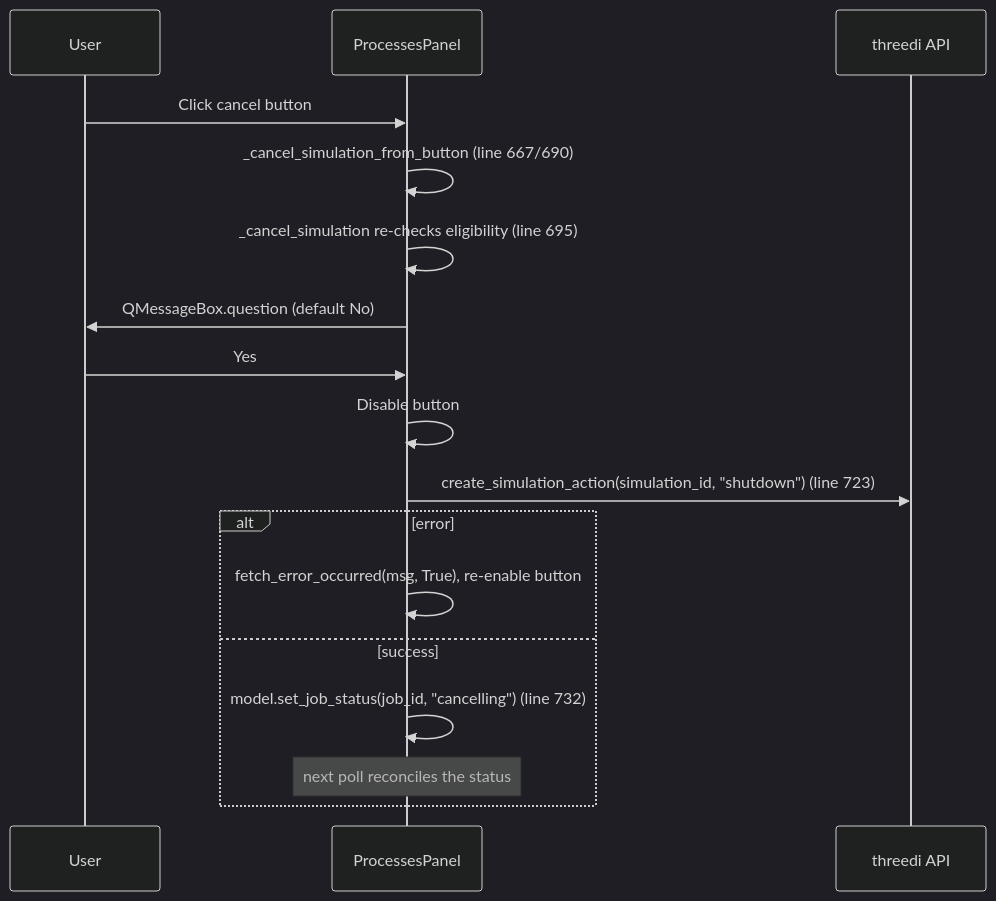
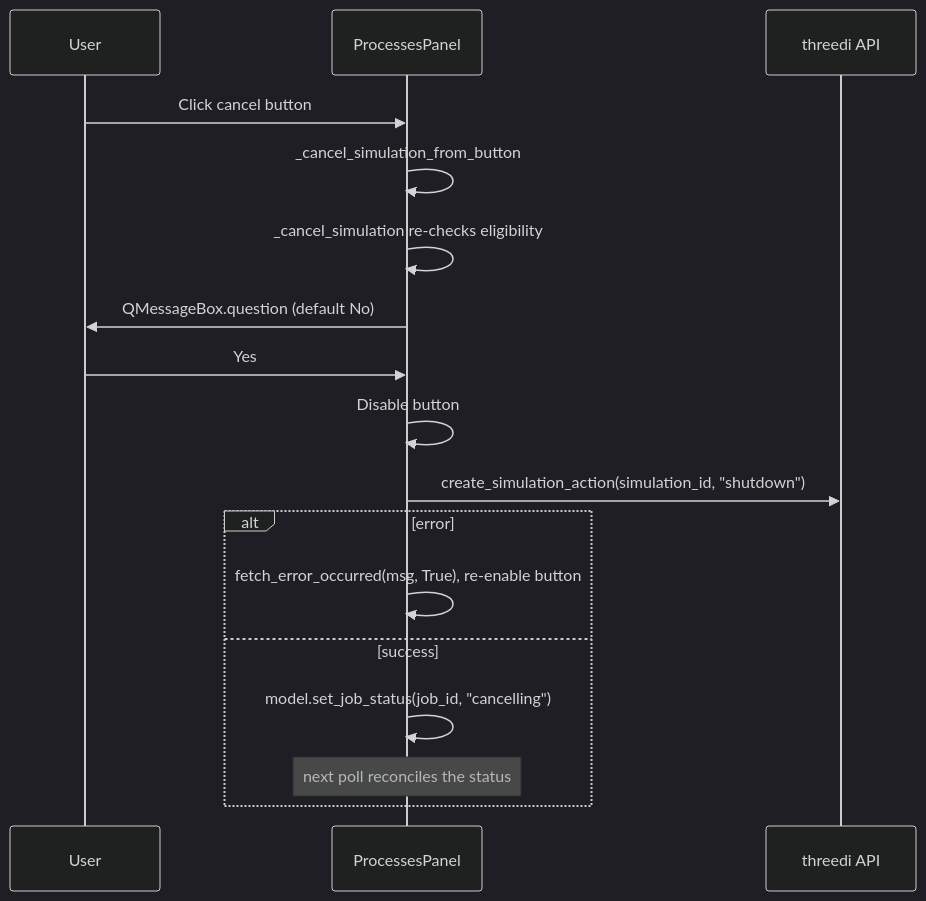
Before and after one commit to nens/rana-qgis-plugin: the fourth of 4 diagrams in doc/processes_panel.md, drawn with Mermaid (dark theme). The commit also changed other lines of this file and 16 other files, not shown here.

````diff
--- a/doc/processes_panel.md
+++ b/doc/processes_panel.md
@@ -98,19 +104,19 @@
 ```mermaid
 sequenceDiagram
     participant U as User
     participant P as ProcessesPanel
     participant API as threedi API
     U->>P: Click cancel button
-    P->>P: _cancel_simulation_from_button (line 667/690)
-    P->>P: _cancel_simulation re-checks eligibility (line 695)
+    P->>P: _cancel_simulation_from_button
+    P->>P: _cancel_simulation re-checks eligibility
     P->>U: QMessageBox.question (default No)
     U->>P: Yes
     P->>P: Disable button
-    P->>API: create_simulation_action(simulation_id, "shutdown") (line 723)
+    P->>API: create_simulation_action(simulation_id, "shutdown")
     alt error
         P->>P: fetch_error_occurred(msg, True), re-enable button
     else success
-        P->>P: model.set_job_status(job_id, "cancelling") (line 732)
+        P->>P: model.set_job_status(job_id, "cancelling")
         Note over P: next poll reconciles the status
     end
 ```
````
